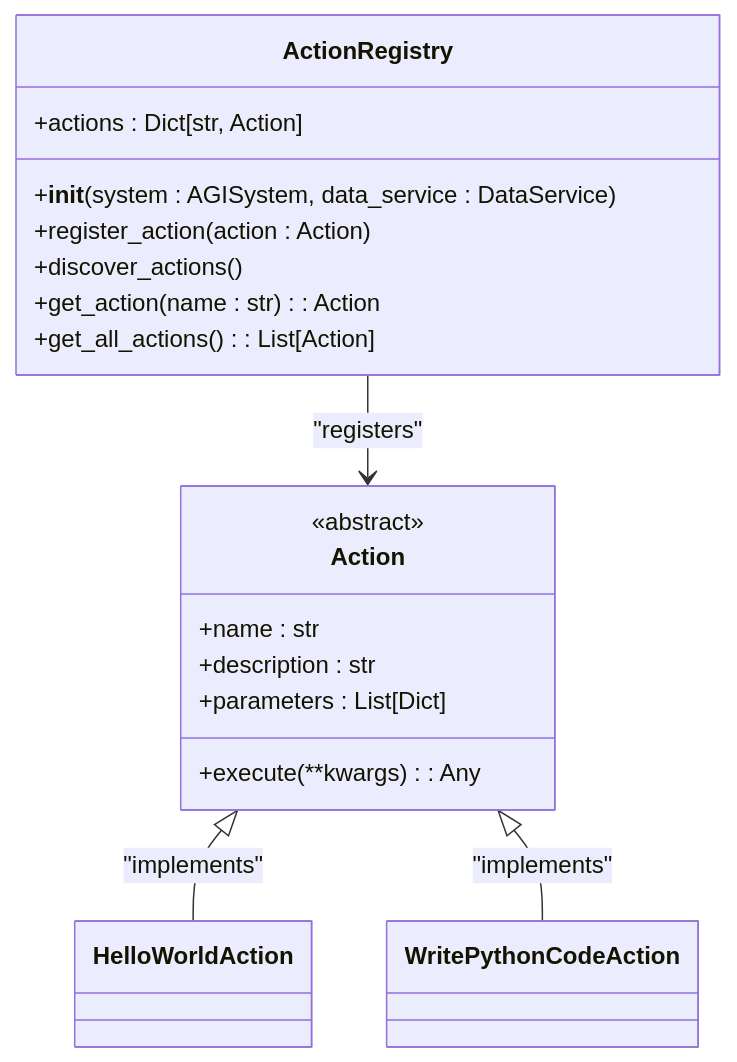
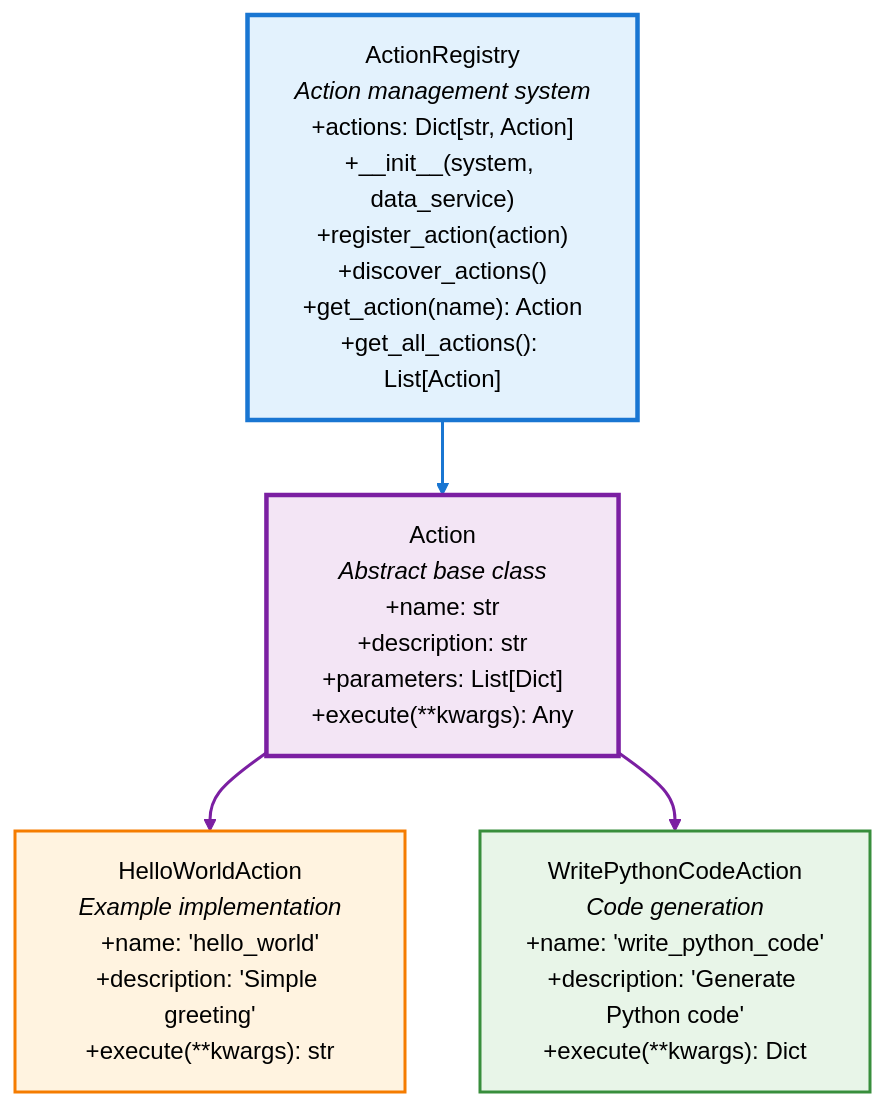
One commit to Likhithsai2580/RAVANA-WIKI changed the first of 4 diagrams in docs/Architecture & Design/Extensibility and Integration Points.md. Above: the diagram before and after it, drawn with Mermaid. The commit also changed 15 other files, not shown here.

Commit message:
fix mermaid diagrams

````diff
--- a/docs/Architecture & Design/Extensibility and Integration Points.md
+++ b/docs/Architecture & Design/Extensibility and Integration Points.md
@@ -31,21 +31,25 @@
 ```mermaid
-classDiagram
-class ActionRegistry {
-+actions : Dict[str, Action]
-+__init__(system : AGISystem, data_service : DataService)
-+register_action(action : Action)
-+discover_actions()
-+get_action(name : str) : Action
-+get_all_actions() : List[Action]
-}
-class Action {
-<<abstract>>
-+name : str
-+description : str
-+parameters : List[Dict]
-+execute(**kwargs) : Any
-}
-ActionRegistry --> Action : "registers"
-Action <|-- HelloWorldAction : "implements"
-Action <|-- WritePythonCodeAction : "implements"
+flowchart TD
+    ActionRegistry["ActionRegistry<br/><i>Action management system</i><br/>+actions: Dict[str, Action]<br/>+__init__(system, data_service)<br/>+register_action(action)<br/>+discover_actions()<br/>+get_action(name): Action<br/>+get_all_actions(): List[Action]"]
+    
+    Action["Action<br/><i>Abstract base class</i><br/>+name: str<br/>+description: str<br/>+parameters: List[Dict]<br/>+execute(**kwargs): Any"]
+    
+    HelloWorldAction["HelloWorldAction<br/><i>Example implementation</i><br/>+name: 'hello_world'<br/>+description: 'Simple greeting'<br/>+execute(**kwargs): str"]
+    
+    WritePythonCodeAction["WritePythonCodeAction<br/><i>Code generation</i><br/>+name: 'write_python_code'<br/>+description: 'Generate Python code'<br/>+execute(**kwargs): Dict"]
+    
+    ActionRegistry --> Action
+    Action --> HelloWorldAction
+    Action --> WritePythonCodeAction
+    
+    %% Styling
+    style ActionRegistry fill:#e3f2fd,stroke:#1976d2,stroke-width:3px,color:#000
+    style Action fill:#f3e5f5,stroke:#7b1fa2,stroke-width:3px,color:#000
+    style HelloWorldAction fill:#fff3e0,stroke:#f57c00,stroke-width:2px,color:#000
+    style WritePythonCodeAction fill:#e8f5e8,stroke:#388e3c,stroke-width:2px,color:#000
+    
+    %% Link styling
+    linkStyle 0 stroke:#1976d2,stroke-width:2px
+    linkStyle 1 stroke:#7b1fa2,stroke-width:2px
+    linkStyle 2 stroke:#7b1fa2,stroke-width:2px
 ```
````
